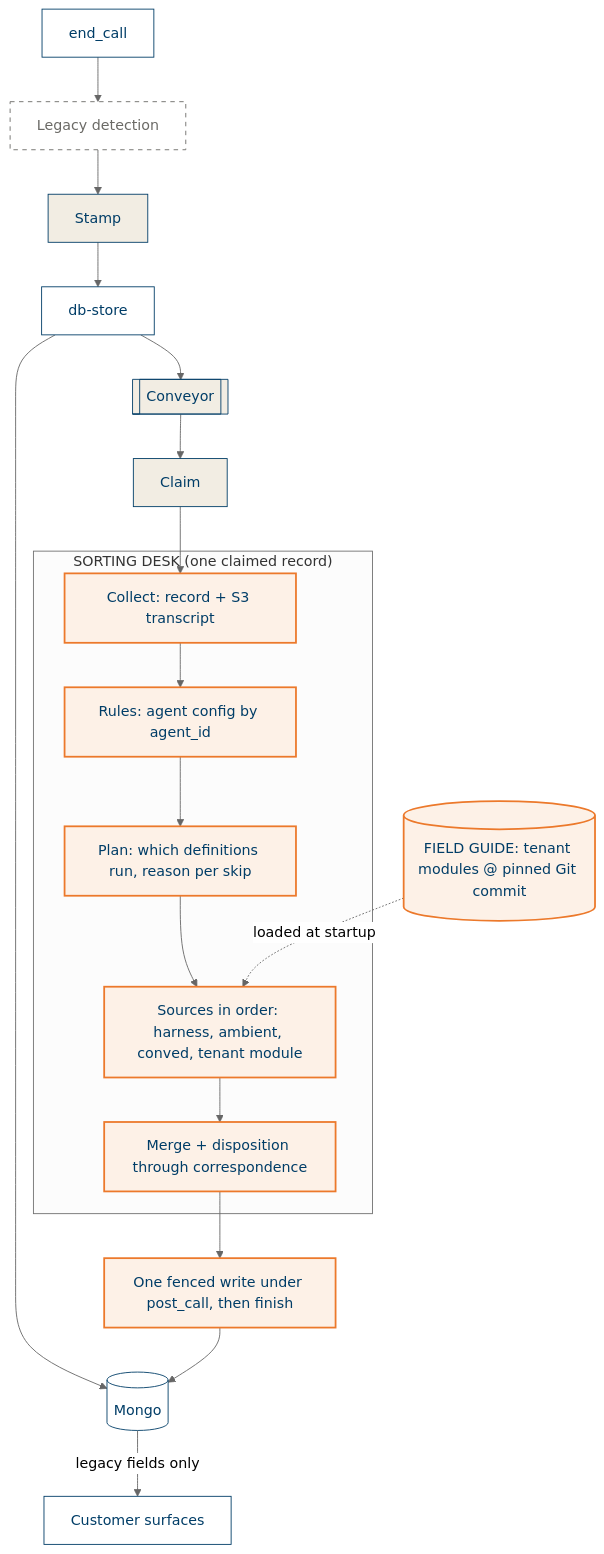
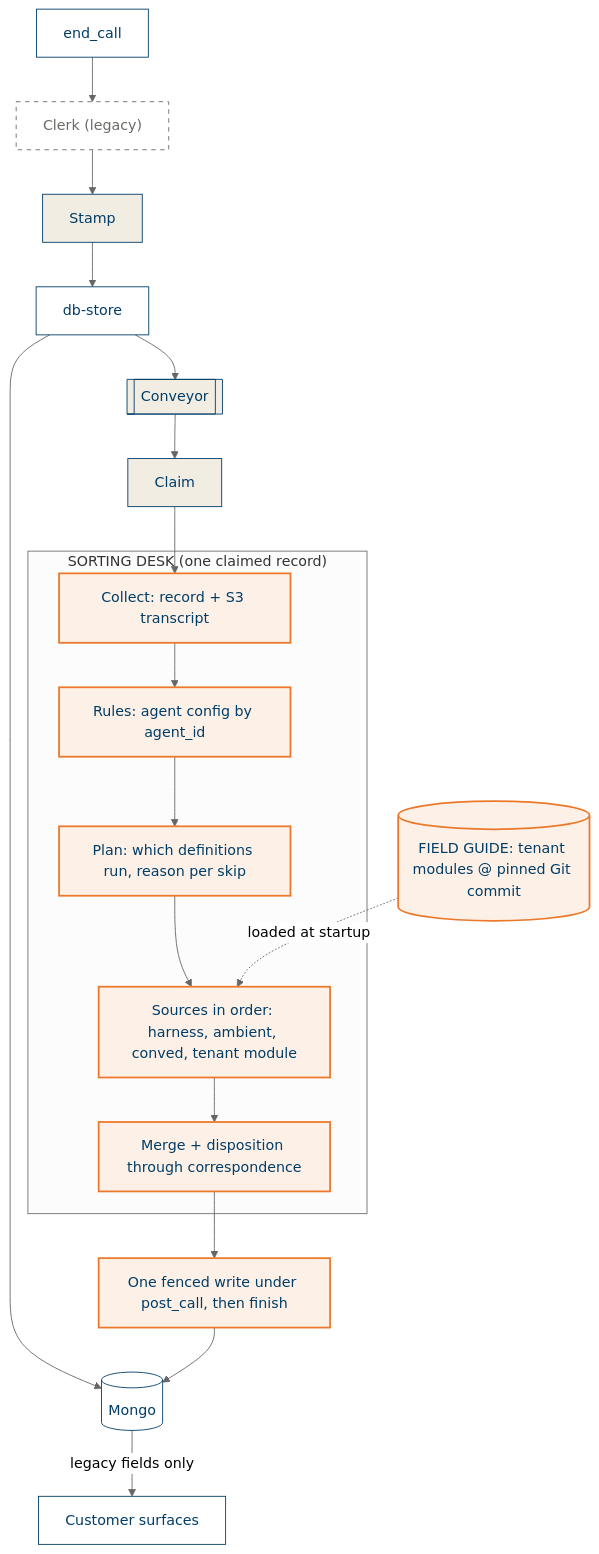
Before and after one commit to mynk93/dotfiles: the third of 6 diagrams in home/dot_claude/skills/elih/examples/post-call-event-gen/board.md, drawn with Mermaid (neutral theme). The commit also changed other lines of this file and 17 other files, not shown here.

````diff
--- a/home/dot_claude/skills/elih/examples/post-call-event-gen/board.md
+++ b/home/dot_claude/skills/elih/examples/post-call-event-gen/board.md
@@ -37,17 +37,17 @@
 ```mermaid
 flowchart TD
     classDef legacy stroke-dasharray:5 5,stroke:#6B6A66,color:#6B6A66,fill:#fff
     classDef existing fill:#fff,stroke:#003D67,color:#003D67
     classDef earlier fill:#F2EDE3,stroke:#003D67,color:#003D67
     classDef new fill:#FDF1E7,stroke:#EC792B,color:#003D67,stroke-width:2px
-    EC["end_call"]:::existing --> LEG["Legacy detection"]:::legacy --> ST["Stamp"]:::earlier --> DBS["db-store"]:::existing --> DB[("Mongo")]:::existing
+    EC["end_call"]:::existing --> LEG["Clerk (legacy)"]:::legacy --> ST["Stamp"]:::earlier --> DBS["db-store"]:::existing --> DB[("Mongo")]:::existing
     DBS --> Q[["Conveyor"]]:::earlier --> CL["Claim"]:::earlier
     subgraph SD["SORTING DESK (one claimed record)"]
         COL["Collect: record + S3 transcript"]:::new --> RUL["Rules: agent config by agent_id"]:::new --> PLAN["Plan: which definitions run, reason per skip"]:::new
         PLAN --> SRC["Sources in order: harness, ambient, conved, tenant module"]:::new --> MRG["Merge + disposition through correspondence"]:::new
     end
     FG[("FIELD GUIDE: tenant modules @ pinned Git commit")]:::new -.->|"loaded at startup"| SRC
     CL --> COL
     MRG --> SAVE["One fenced write under post_call, then finish"]:::new --> DB
     DB -->|"legacy fields only"| OUT["Customer surfaces"]:::existing
 ```
````
